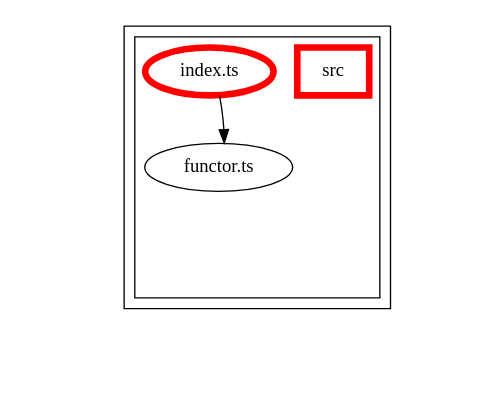
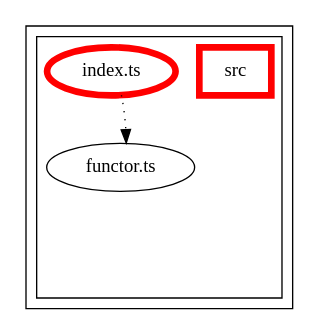
The diagram in packages/alfa-functor/docs/dependency-graph.dot (Siteimprove/alfa), drawn with Graphviz before and after one commit. The commit also changed 161 other files, not shown here.

First line of the commit message:
Update packages dependency graphs (#1900)

```diff
--- a/packages/alfa-functor/docs/dependency-graph.dot
+++ b/packages/alfa-functor/docs/dependency-graph.dot
@@ -1,65 +1,51 @@
-digraph "dependency-graph-[object Object]" {
+digraph "dependency-graph-@siteimprove/alfa-functor" {
   compound = true;
-  "dependency-graph-[object Object]" [
-    style = "invis";
-  ];
   "src/functor.ts";
   subgraph "cluster_src" {
     color = "#000000";
     label = "";
-    "name_src" [
-      penwidth = 5;
-      shape = "rectangle";
-      color = "#ff0000";
-      label = "src";
-    ];
     "exit_src" [
       style = "invis";
     ];
     subgraph "cluster_src" {
       color = "#000000";
       label = "";
       "name_src" [
         penwidth = 5;
         shape = "rectangle";
         color = "#ff0000";
         label = "src";
       ];
       "exit_src" [
         style = "invis";
       ];
-      "src/functor.ts" [
-        label = "functor.ts";
-      ];
       "src/index.ts" [
         label = "index.ts";
         color = "#ff0000";
         penwidth = 5;
       ];
-      "src/functor.ts" -> "exit_src" [
+      "src/functor.ts" [
+        label = "functor.ts";
+      ];
+      "src/index.ts" -> "exit_src" [
         style = "invis";
       ];
-      "src/index.ts" -> "exit_src" [
+      "src/functor.ts" -> "exit_src" [
         style = "invis";
       ];
     }
     "exit_src" -> "exit_src" [
       style = "invis";
     ];
     "exit_src" -> "exit_src" [
       style = "invis";
     ];
   }
-  "exit_src" -> "dependency-graph-[object Object]" [
-    style = "invis";
-  ];
   "src/index.ts" -> "src/functor.ts" [
     style = "invis";
   ];
   "src/index.ts" -> "src/functor.ts" [
-    style = "solid";
-    ltail = "cluster_src/index.ts";
-    lhead = "cluster_src/functor.ts";
+    style = "dotted";
     color = "black";
   ];
 }
```
